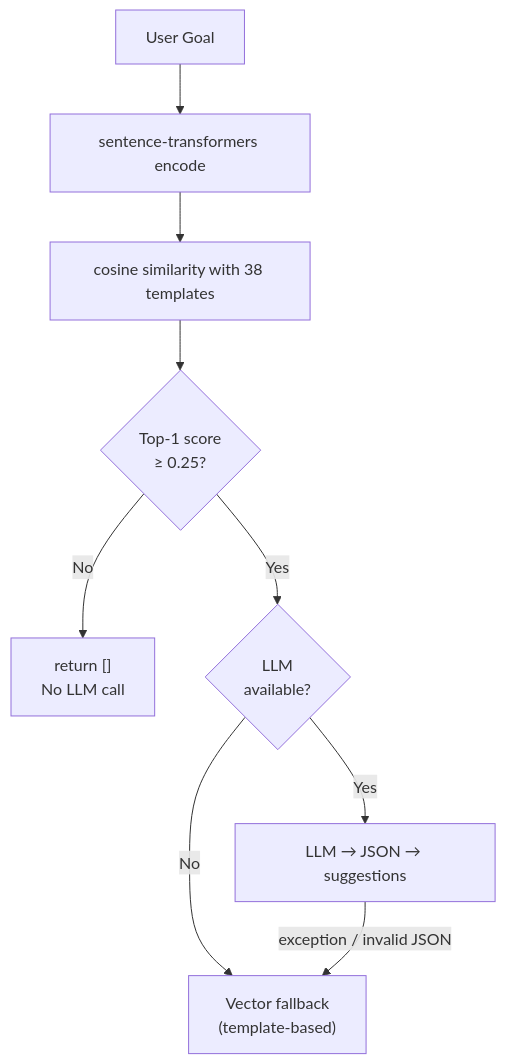
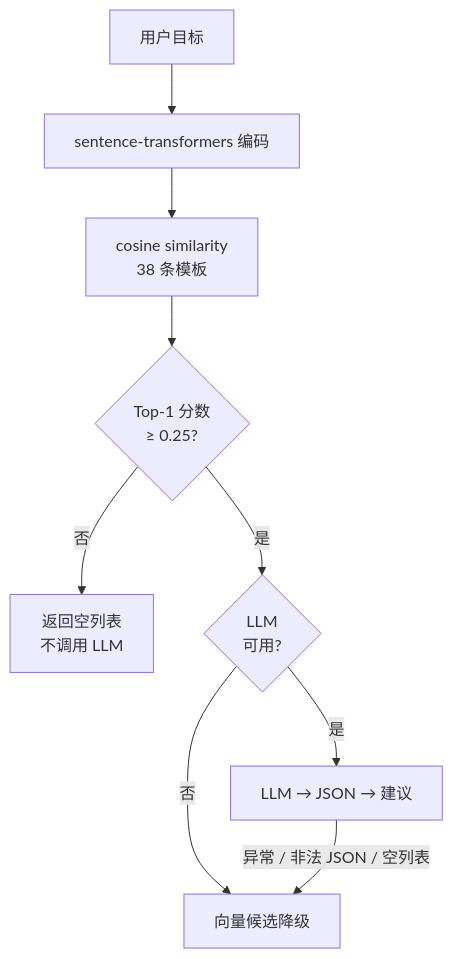
The first of 2 diagrams in README.md (AriesSure/DailyDot), drawn with Mermaid before and after one commit. The commit also changed other lines of this file and 6 other files, not shown here.

````diff
--- a/README.md
+++ b/README.md
@@ -63,11 +65,11 @@
 ```mermaid
 flowchart TD
-  Goal["User Goal"] --> Embed["sentence-transformers encode"]
-  Embed --> Cosine["cosine similarity with 38 templates"]
-  Cosine --> Gate{"Top-1 score<br/>≥ 0.25?"}
-  Gate -->|No| Empty["return []<br/>No LLM call"]
-  Gate -->|Yes| Avail{"LLM<br/>available?"}
-  Avail -->|Yes| Chat["LLM → JSON → suggestions"]
-  Avail -->|No| FB["Vector fallback<br/>(template-based)"]
-  Chat -->|exception / invalid JSON| FB
+  Goal["用户目标"] --> Embed["sentence-transformers 编码"]
+  Embed --> Cosine["cosine similarity<br/>38 条模板"]
+  Cosine --> Gate{"Top-1 分数<br/>≥ 0.25?"}
+  Gate -->|否| Empty["返回空列表<br/>不调用 LLM"]
+  Gate -->|是| Avail{"LLM<br/>可用?"}
+  Avail -->|是| Chat["LLM → JSON → 建议"]
+  Avail -->|否| FB["向量候选降级"]
+  Chat -->|异常 / 非法 JSON / 空列表| FB
 ```
````
